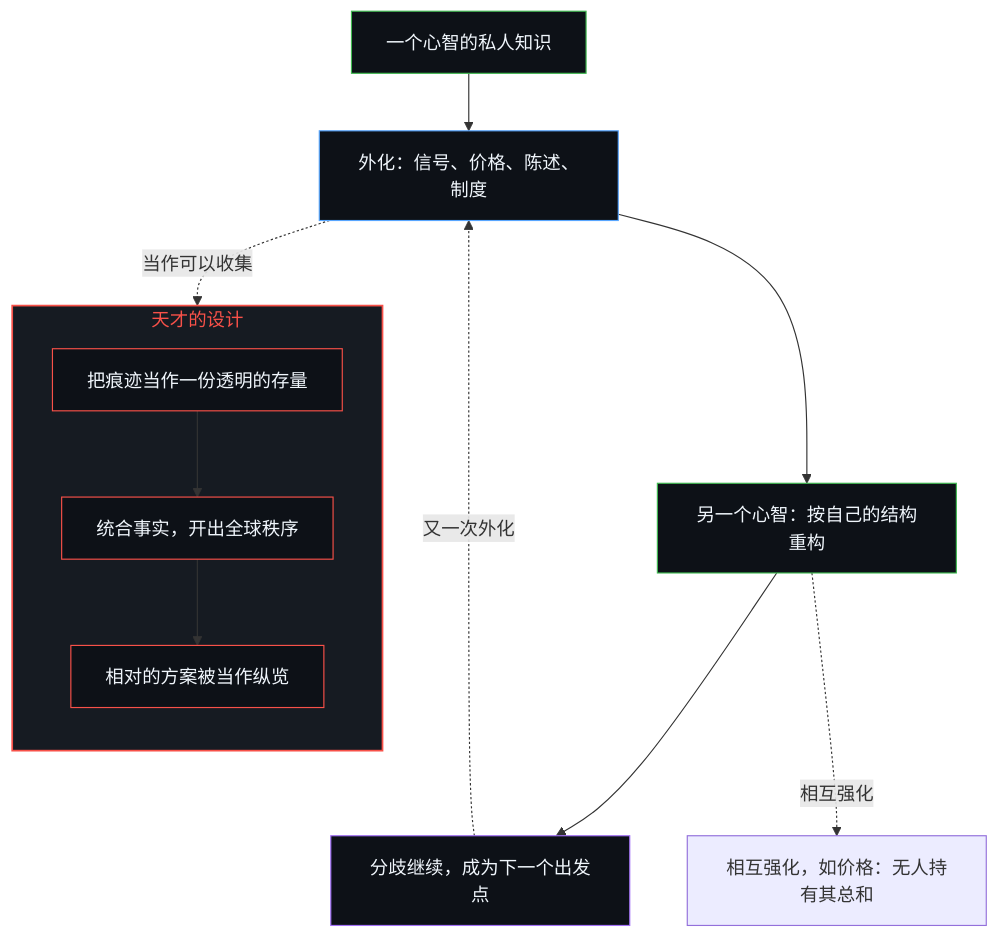
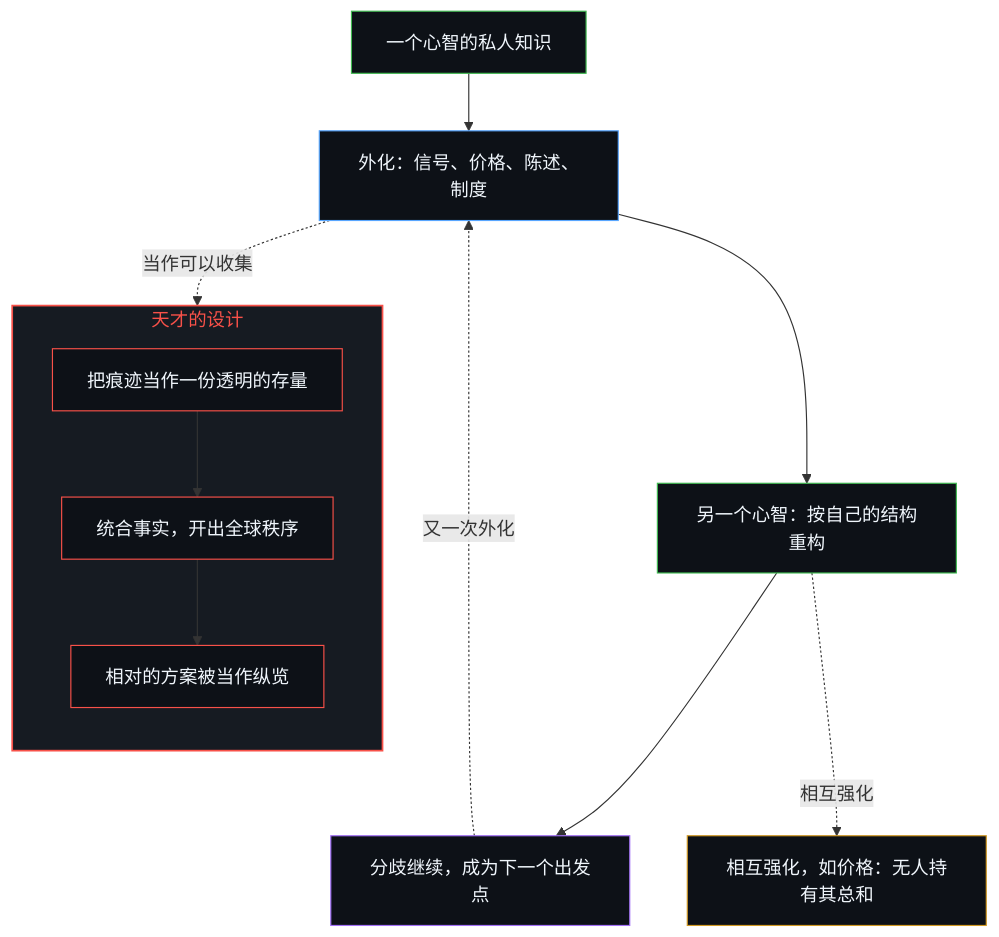
One commit to powerpig99/not-a-toe changed the first of 2 diagrams in content/posts/no-genius-can-solve-the-knowledge-problem.md. Above: the diagram before and after it, drawn with Mermaid. The commit also changed other lines of this file and 6 other files, not shown here.

````diff
--- a/content/posts/no-genius-can-solve-the-knowledge-problem.md
+++ b/content/posts/no-genius-can-solve-the-knowledge-problem.md
@@ -25,26 +25,27 @@
 ```mermaid
 flowchart TD
     A["一个心智的私人知识"]
     X["外化：信号、价格、陈述、制度"]
     B["另一个心智：按自己的结构重构"]
     D["分歧继续，成为下一个出发点"]
     RS["相互强化，如价格：无人持有其总和"]
     subgraph S_G["天才的设计"]
         direction TB
         G1["把痕迹当作一份透明的存量"]
         G2["统合事实，开出全球秩序"]
         G3["相对的方案被当作纵览"]
     end
     A --> X --> B --> D
     D -.->|"又一次外化"| X
     B -.->|"相互强化"| RS
     X -.->|"当作可以收集"| G1 --> G2 --> G3
     style S_G fill:#161b22,stroke:#f85149,stroke-width:1.5px,color:#f85149
     style A fill:#0d1117,stroke:#3fb950,stroke-width:1px,color:#f0f6fc
     style X fill:#0d1117,stroke:#58a6ff,stroke-width:1px,color:#f0f6fc
     style B fill:#0d1117,stroke:#3fb950,stroke-width:1px,color:#f0f6fc
     style D fill:#0d1117,stroke:#a371f7,stroke-width:1px,color:#f0f6fc
+    style RS fill:#0d1117,stroke:#d29922,stroke-width:1px,color:#f0f6fc
     style G1 fill:#0d1117,stroke:#f85149,stroke-width:1px,color:#f0f6fc
     style G2 fill:#0d1117,stroke:#f85149,stroke-width:1px,color:#f0f6fc
     style G3 fill:#0d1117,stroke:#f85149,stroke-width:1px,color:#f0f6fc
 ```
````
